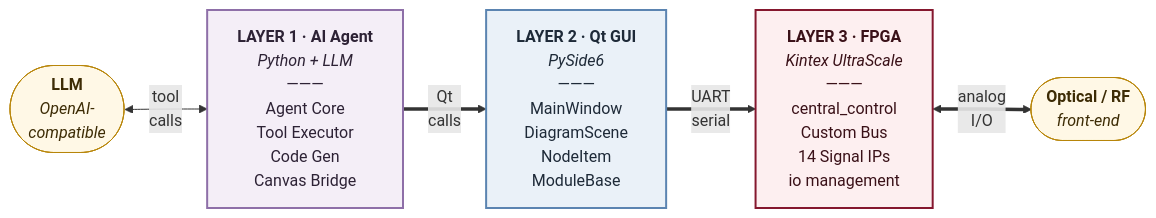
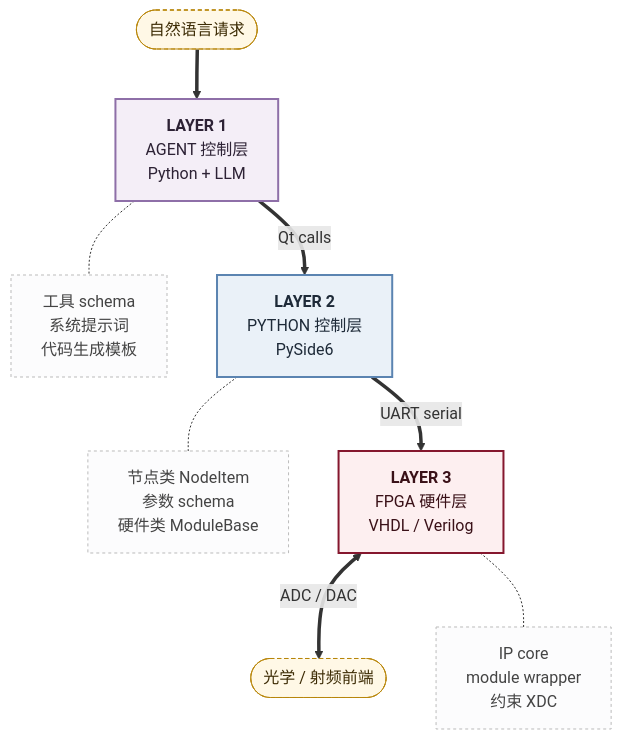
Before and after one commit to Mashiromaster/FPGA_Agent: the first of 7 diagrams in README.md, drawn with Mermaid. The commit also changed other lines of this file, not shown here.

Commit message:
Redraw the architecture diagram vertically around authoring surfaces
The top diagram ran horizontally and labels were being clipped (visible as
"LAYER 1 · AI Age" and "Kintex UltraScal" on GitHub). Redraw it top-down so
the three layers read as a stack, and frame each layer by what you actually
write in it:

- Layer 1 Agent control — tool schemas, system prompt, codegen templates
- Layer 2 Python control — NodeItem classes, param schemas, ModuleBase
- Layer 3 FPGA hardware — IP cores, module wrappers, XDC constraints

Dashed side boxes carry those authoring targets; a table below carries the
code locations, line counts, and component lists.

Root cause of the clipping: mermaid-cli constrains HTML labels to ~200px, so
a multi-line label never widens past that and instead grows downward, which
both truncated the longer lines and forced an 8:1 aspect ratio. Keeping node
labels short and moving detail into prose and a table fixes it (8.24 -> 1.96).
Alignment edges were tried to center the trunk but narrowed the render
(946 -> 576px), so they were dropped.

All seven diagrams re-rendered via mermaid-cli.

````diff
--- a/README.md
+++ b/README.md
@@ -9,27 +12,36 @@
 ```mermaid
-flowchart LR
-    LLM(["<b>LLM</b><br/><i>OpenAI-<br/>compatible</i>"])
+flowchart TB
+    USER(["自然语言请求"])
 
-    L1["<b>LAYER 1 · AI Agent</b><br/><i>Python + LLM</i><br/>―――<br/>Agent Core<br/>Tool Executor<br/>Code Gen<br/>Canvas Bridge"]
+    L1["<b>LAYER 1</b><br/>AGENT 控制层<br/>Python + LLM"]
+    L1D["工具 schema<br/>系统提示词<br/>代码生成模板"]
 
-    L2["<b>LAYER 2 · Qt GUI</b><br/><i>PySide6</i><br/>―――<br/>MainWindow<br/>DiagramScene<br/>NodeItem<br/>ModuleBase"]
+    L2["<b>LAYER 2</b><br/>PYTHON 控制层<br/>PySide6"]
+    L2D["节点类 NodeItem<br/>参数 schema<br/>硬件类 ModuleBase"]
 
-    L3["<b>LAYER 3 · FPGA</b><br/><i>Kintex UltraScale</i><br/>―――<br/>central_control<br/>Custom Bus<br/>14 Signal IPs<br/>io management"]
+    L3["<b>LAYER 3</b><br/>FPGA 硬件层<br/>VHDL / Verilog"]
+    L3D["IP core<br/>module wrapper<br/>约束 XDC"]
 
-    ANALOG(["<b>Optical / RF</b><br/><i>front-end</i>"])
+    ANALOG(["光学 / 射频前端"])
 
-    LLM <-->|"tool<br/>calls"| L1
-    L1 ==>|"Qt<br/>calls"| L2
-    L2 ==>|"UART<br/>serial"| L3
-    L3 <==>|"analog<br/>I/O"| ANALOG
+    USER ==> L1
+    L1 ==>|"Qt calls"| L2
+    L2 ==>|"UART serial"| L3
+    L3 <==>|"ADC / DAC"| ANALOG
+
+    L1 -.- L1D
+    L2 -.- L2D
+    L3 -.- L3D
 
     classDef l1 fill:#f4eef7,stroke:#8e6fa8,stroke-width:2px,color:#2d2235
     classDef l2 fill:#eaf1f8,stroke:#5b84b1,stroke-width:2px,color:#1e2a38
     classDef l3 fill:#fdeff0,stroke:#85172e,stroke-width:2px,color:#3a1118
-    classDef ext fill:#fff8e6,stroke:#b8860b,color:#3d2c05
+    classDef note fill:#fcfcfd,stroke:#bbb,stroke-dasharray:3 3,color:#444
+    classDef ext fill:#fff8e6,stroke:#b8860b,stroke-dasharray:4 3,color:#3d2c05
 
     class L1 l1
     class L2 l2
     class L3 l3
-    class LLM,ANALOG ext
+    class L1D,L2D,L3D note
+    class USER,ANALOG ext
 ```
````
